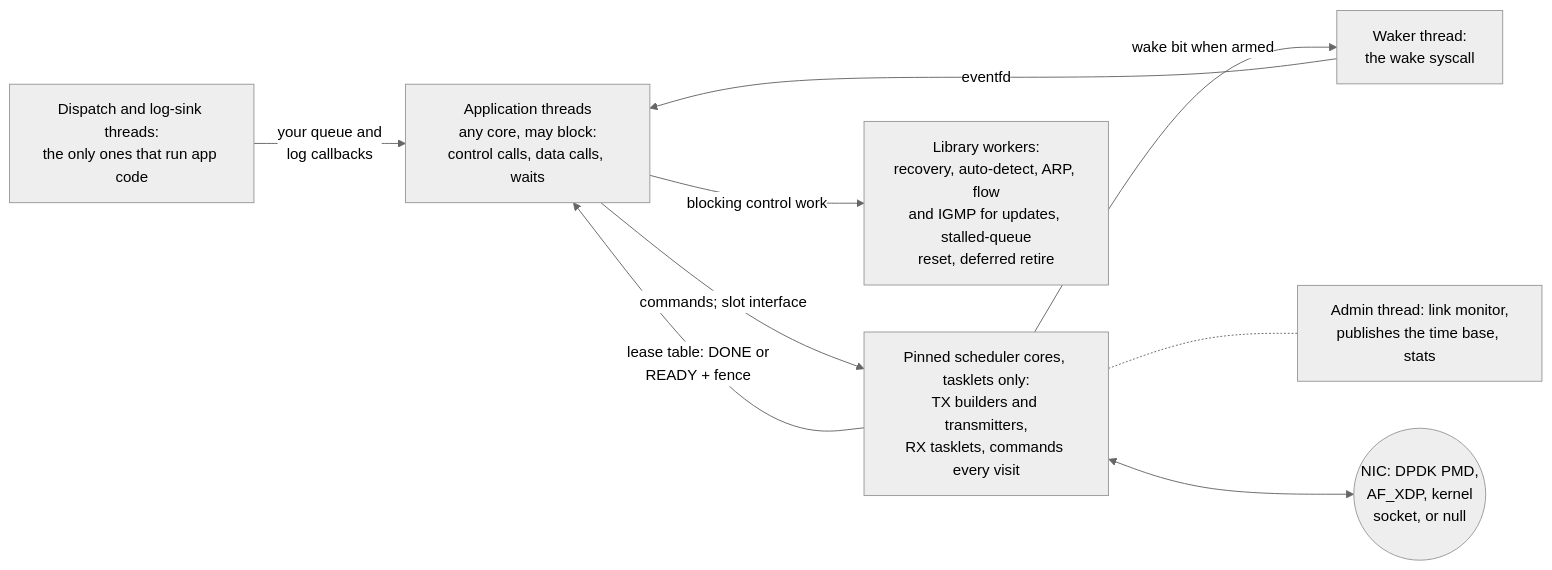
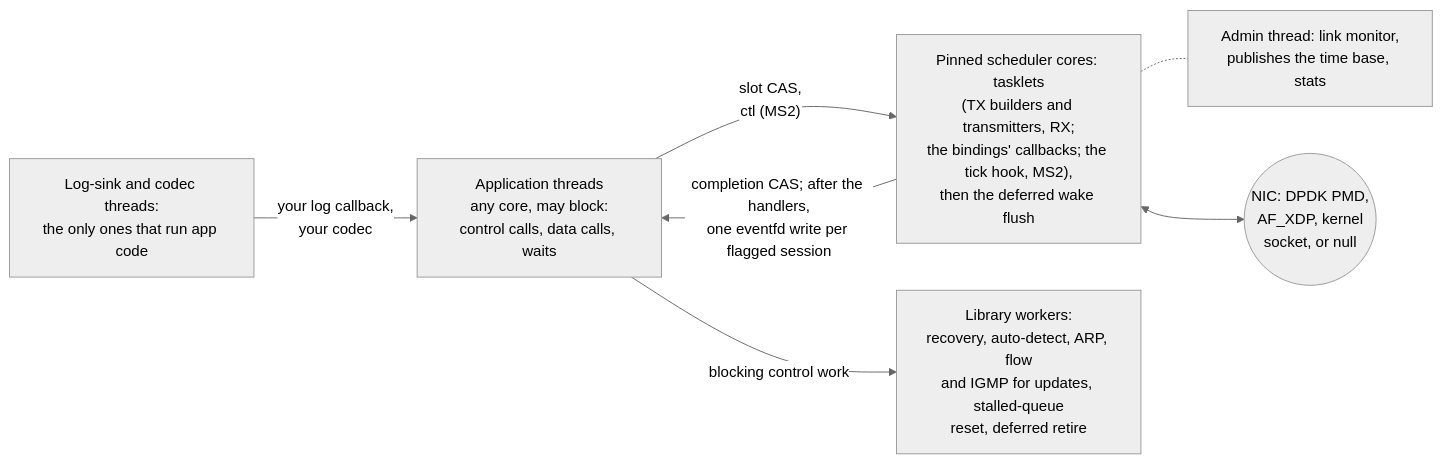
Before and after one commit to Sakoram/Media-Transport-Library: diagram 21 of 56 in doc/unified-api/diagrams.md, drawn with Mermaid (neutral theme). The commit also changed other lines of this file and 56 other files, not shown here.

````diff
--- a/doc/unified-api/diagrams.md
+++ b/doc/unified-api/diagrams.md
@@ -553,18 +590,15 @@
 ```mermaid
 flowchart LR
     APP["Application threads<br/>any core, may block:<br/>control calls, data calls, waits"]
-    TK["Pinned scheduler cores, tasklets only:<br/>TX builders and transmitters,<br/>RX tasklets, commands every visit"]
+    TK["Pinned scheduler cores: tasklets<br/>(TX builders and transmitters, RX;<br/>the bindings' callbacks; the tick hook, MS2),<br/>then the deferred wake flush"]
     WK["Library workers:<br/>recovery, auto-detect, ARP, flow<br/>and IGMP for updates, stalled-queue<br/>reset, deferred retire"]
-    WA["Waker thread:<br/>the wake syscall"]
     AD["Admin thread: link monitor,<br/>publishes the time base, stats"]
-    DS["Dispatch and log-sink threads:<br/>the only ones that run app code"]
+    DS["Log-sink and codec threads:<br/>the only ones that run app code"]
     NIC(("NIC: DPDK PMD,<br/>AF_XDP, kernel<br/>socket, or null"))
-    APP -->|"commands; slot interface"| TK
-    TK -->|"lease table: DONE or<br/>READY + fence"| APP
-    TK -->|"wake bit when armed"| WA
-    WA -->|"eventfd"| APP
+    APP -->|"slot CAS,<br/>ctl (MS2)"| TK
+    TK -->|"completion CAS; after the handlers,<br/>one eventfd write per flagged session"| APP
     APP -->|"blocking control work"| WK
     TK -.- AD
-    DS -->|"your queue and<br/>log callbacks"| APP
+    DS -->|"your log callback,<br/>your codec"| APP
     TK <--> NIC
 ```
````
